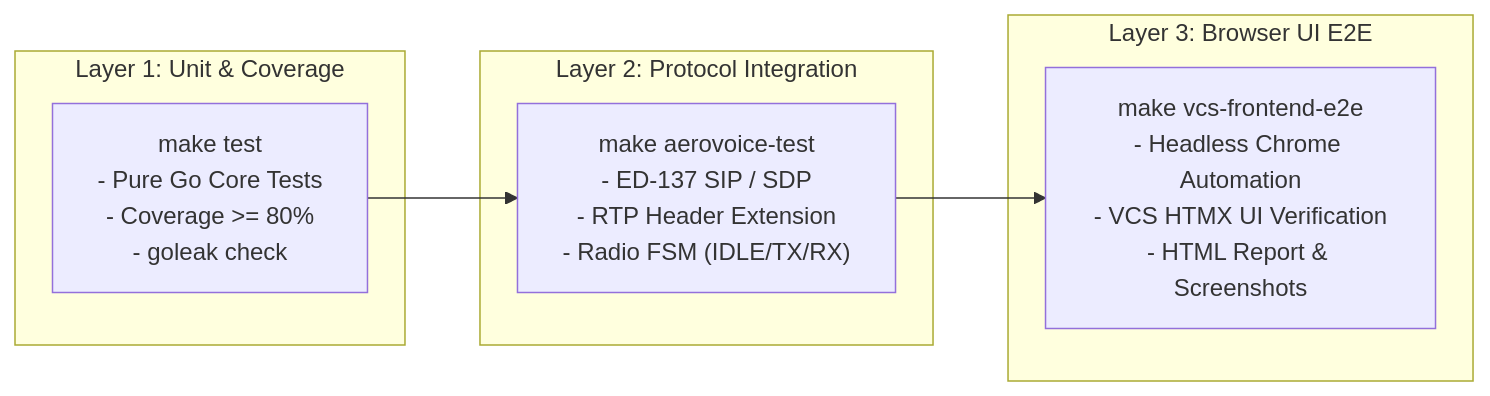
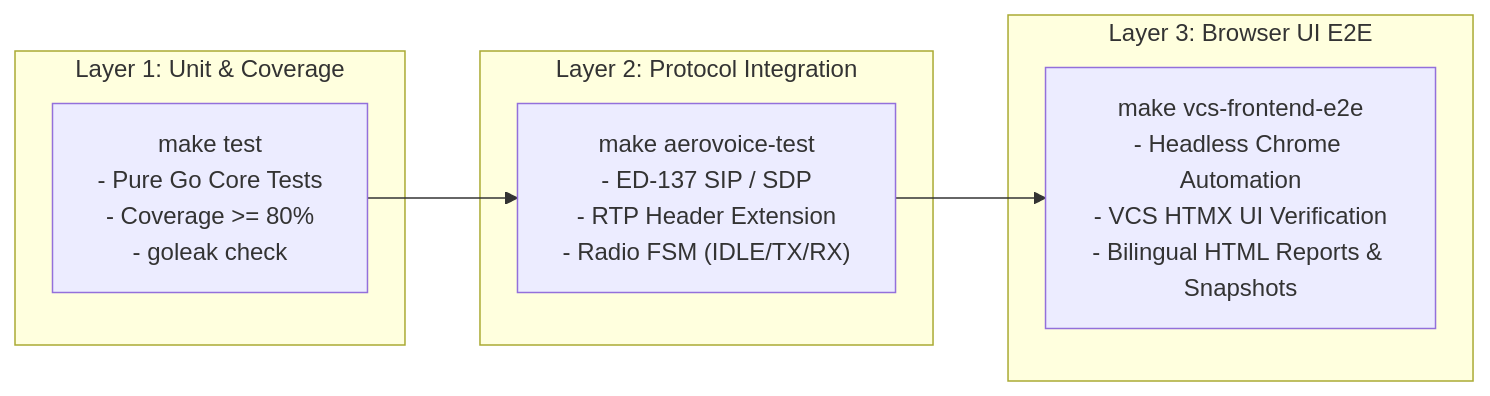
Before and after one commit to sh0jitmy/aerovoice: the second of 2 diagrams in docs/architecture.md, drawn with Mermaid. The commit also changed other lines of this file and 33 other files, not shown here.

Commit message:
feat(i18n): add comprehensive English support and GitHub Pages bilingual reports

````diff
--- a/docs/architecture.md
+++ b/docs/architecture.md
@@ -99,14 +103,14 @@
 ```mermaid
 graph LR
     subgraph "Layer 1: Unit & Coverage"
         L1["make test<br/>- Pure Go Core Tests<br/>- Coverage >= 80%<br/>- goleak check"]
     end
     subgraph "Layer 2: Protocol Integration"
         L2["make aerovoice-test<br/>- ED-137 SIP / SDP<br/>- RTP Header Extension<br/>- Radio FSM (IDLE/TX/RX)"]
     end
     subgraph "Layer 3: Browser UI E2E"
-        L3["make vcs-frontend-e2e<br/>- Headless Chrome Automation<br/>- VCS HTMX UI Verification<br/>- HTML Report & Screenshots"]
+        L3["make vcs-frontend-e2e<br/>- Headless Chrome Automation<br/>- VCS HTMX UI Verification<br/>- Bilingual HTML Reports & Snapshots"]
     end
     
     L1 --> L2 --> L3
 ```
````
